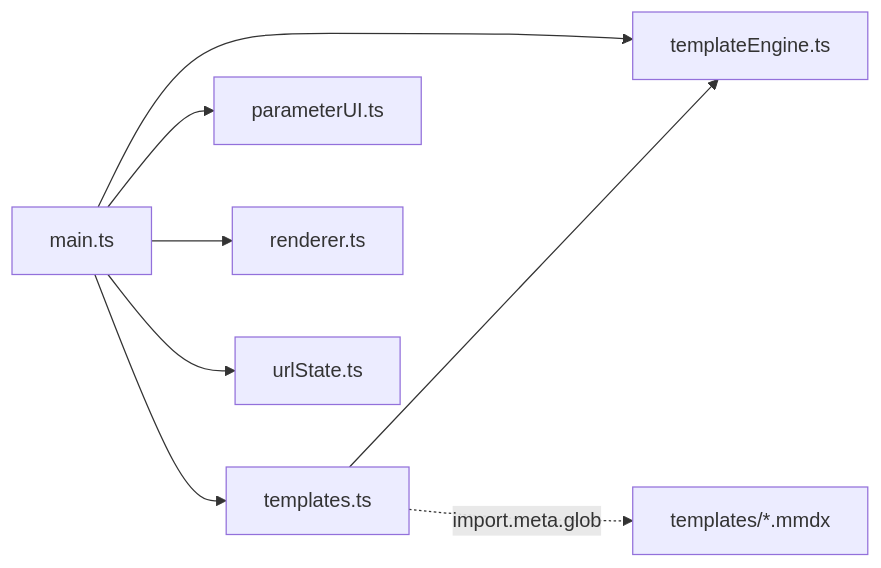
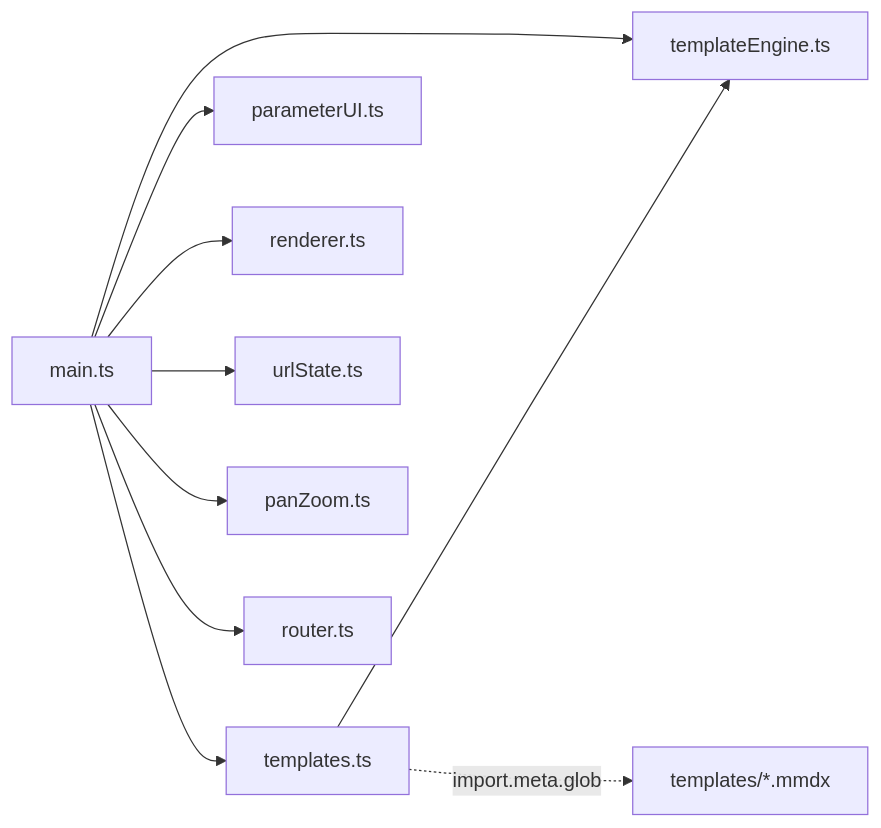
One commit to smithco-pro/parametric-diagrams changed the first of 2 diagrams in docs/architecture/overview.md. Above: the diagram before and after it, drawn with Mermaid. The commit also changed other lines of this file and 2 other files, not shown here.

Commit message:
Updating documentation for new zoom feature and navbar

````diff
--- a/docs/architecture/overview.md
+++ b/docs/architecture/overview.md
@@ -7,10 +7,12 @@
 ```mermaid
 graph LR
     main[main.ts] --> templates[templates.ts]
     main --> parameterUI[parameterUI.ts]
     main --> renderer[renderer.ts]
     main --> templateEngine[templateEngine.ts]
     main --> urlState[urlState.ts]
+    main --> panZoom[panZoom.ts]
+    main --> router[router.ts]
     templates --> templateEngine
     templates -.->|import.meta.glob| mmdx[templates/*.mmdx]
 ```
````
